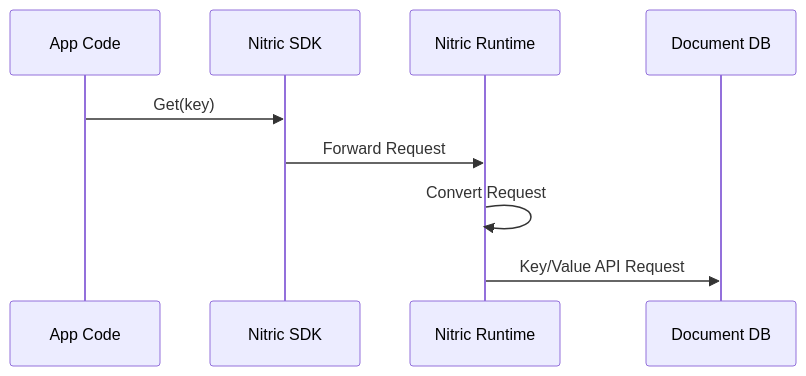
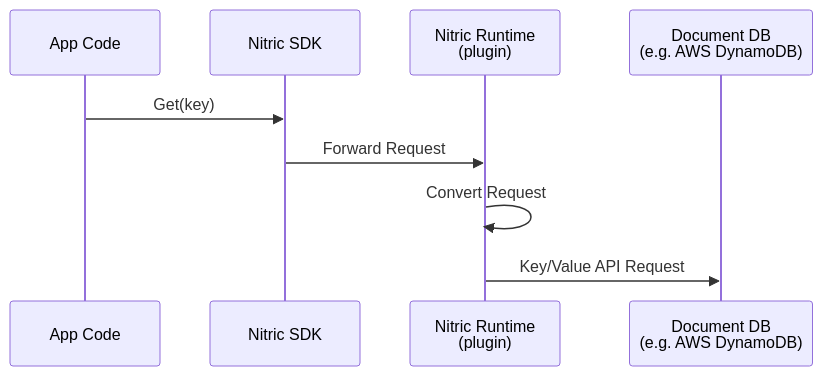
Before and after one commit to nitrictech/docs: the fourth of 4 diagrams in docs/architecture/keyvalue.mdx, drawn with Mermaid. The commit also changed other lines of this file and 4 other files, not shown here.

Commit message:
update async messaging sequences

````diff
--- a/docs/architecture/keyvalue.mdx
+++ b/docs/architecture/keyvalue.mdx
@@ -99,12 +99,12 @@
 ```mermaid
 sequenceDiagram
     participant Client as App Code
     participant SDK as Nitric SDK
-    participant Nitric as Nitric Runtime
-    participant CloudAPI as Document DB
+    participant Nitric as Nitric Runtime <br> (plugin)
+    participant CloudAPI as Document DB <br> (e.g. AWS DynamoDB)
 
     Client->>SDK: Get(key)
     SDK->>Nitric: Forward Request
     Nitric->>Nitric: Convert Request
     Nitric->>CloudAPI: Key/Value API Request
 ```
````
